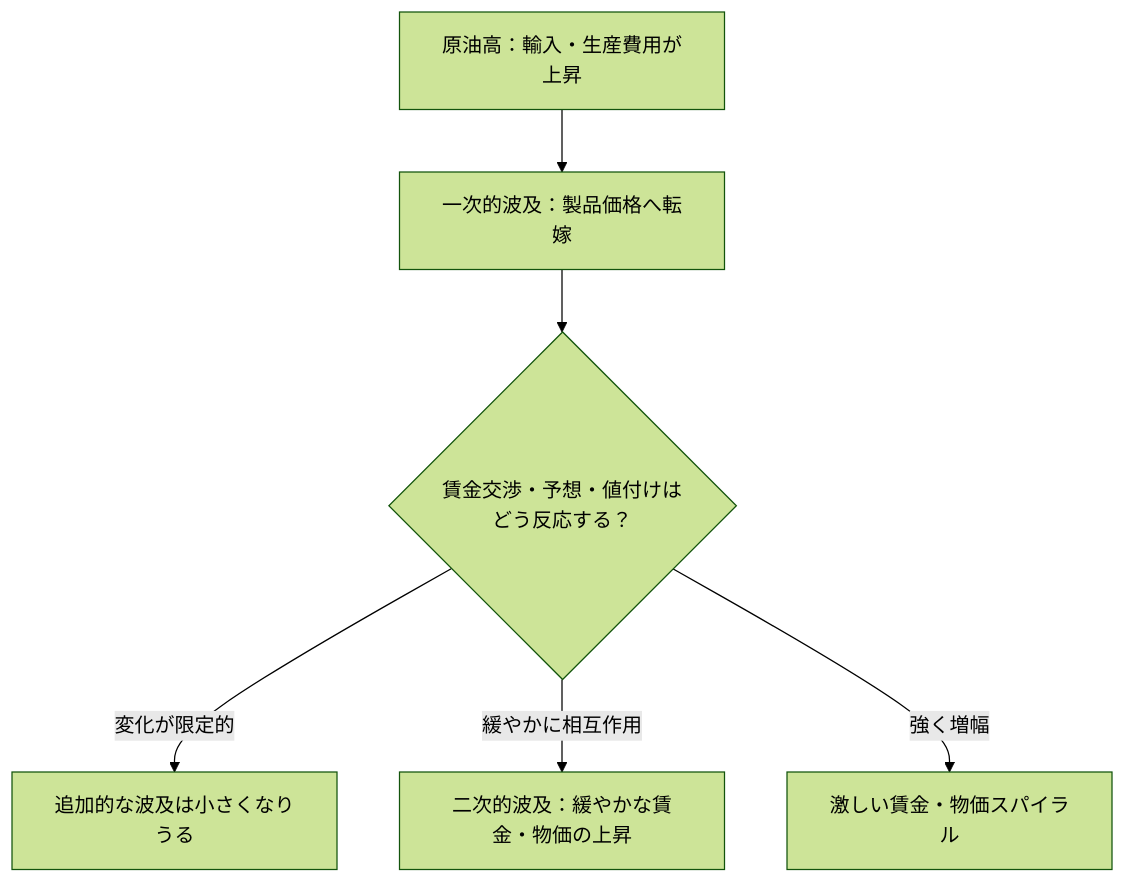
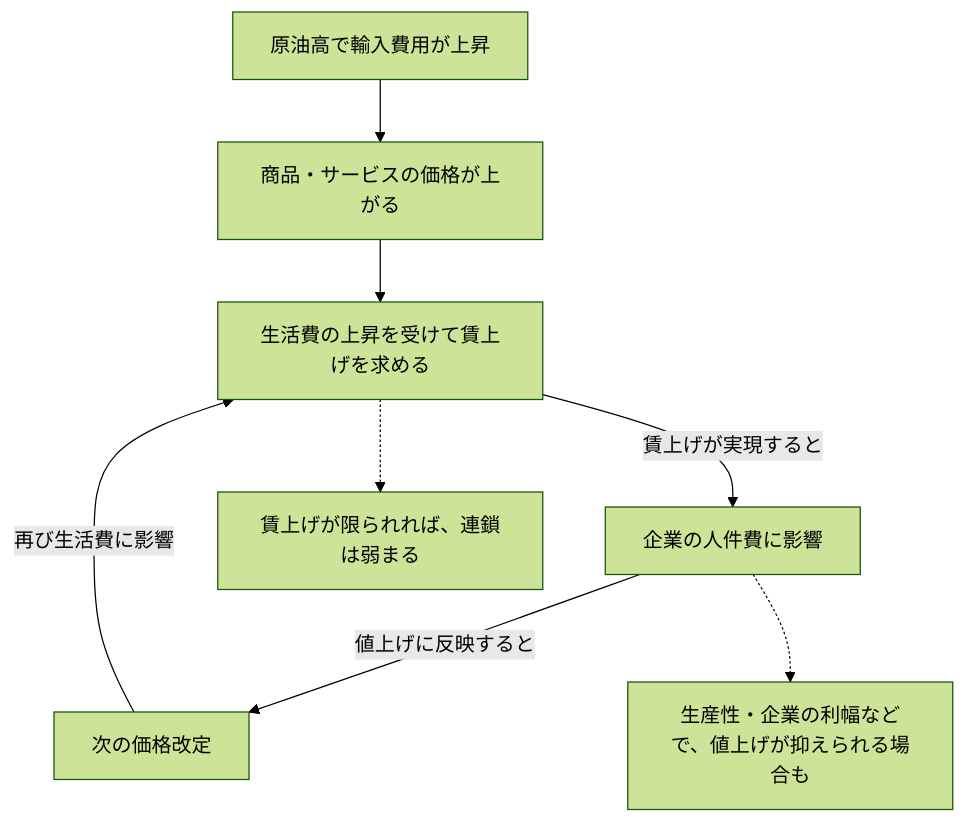
The diagram in articles/oil-shocks-inflation-regimes.md (Osino-Niso/econ-data-lab), drawn with Mermaid (forest theme) before and after one commit. The commit also changed other lines of this file, not shown here.

````diff
--- a/articles/oil-shocks-inflation-regimes.md
+++ b/articles/oil-shocks-inflation-regimes.md
@@ -39,8 +45,10 @@
 ```mermaid
 flowchart TD
-  A["原油高：輸入・生産費用が上昇"] --> B["一次的波及：製品価格へ転嫁"]
-  B --> C{"賃金交渉・予想・値付けはどう反応する？"}
-  C -->|"変化が限定的"| D["追加的な波及は小さくなりうる"]
-  C -->|"緩やかに相互作用"| E["二次的波及：緩やかな賃金・物価の上昇"]
-  C -->|"強く増幅"| F["激しい賃金・物価スパイラル"]
+  A["原油高で輸入費用が上昇"] --> B["商品・サービスの価格が上がる"]
+  B --> C["生活費の上昇を受けて賃上げを求める"]
+  C -->|"賃上げが実現すると"| D["企業の人件費に影響"]
+  D -->|"値上げに反映すると"| E["次の価格改定"]
+  E -->|"再び生活費に影響"| C
+  C -.-> F["賃上げが限られれば、連鎖は弱まる"]
+  D -.-> G["生産性・企業の利幅などで、値上げが抑えられる場合も"]
 ```
````
